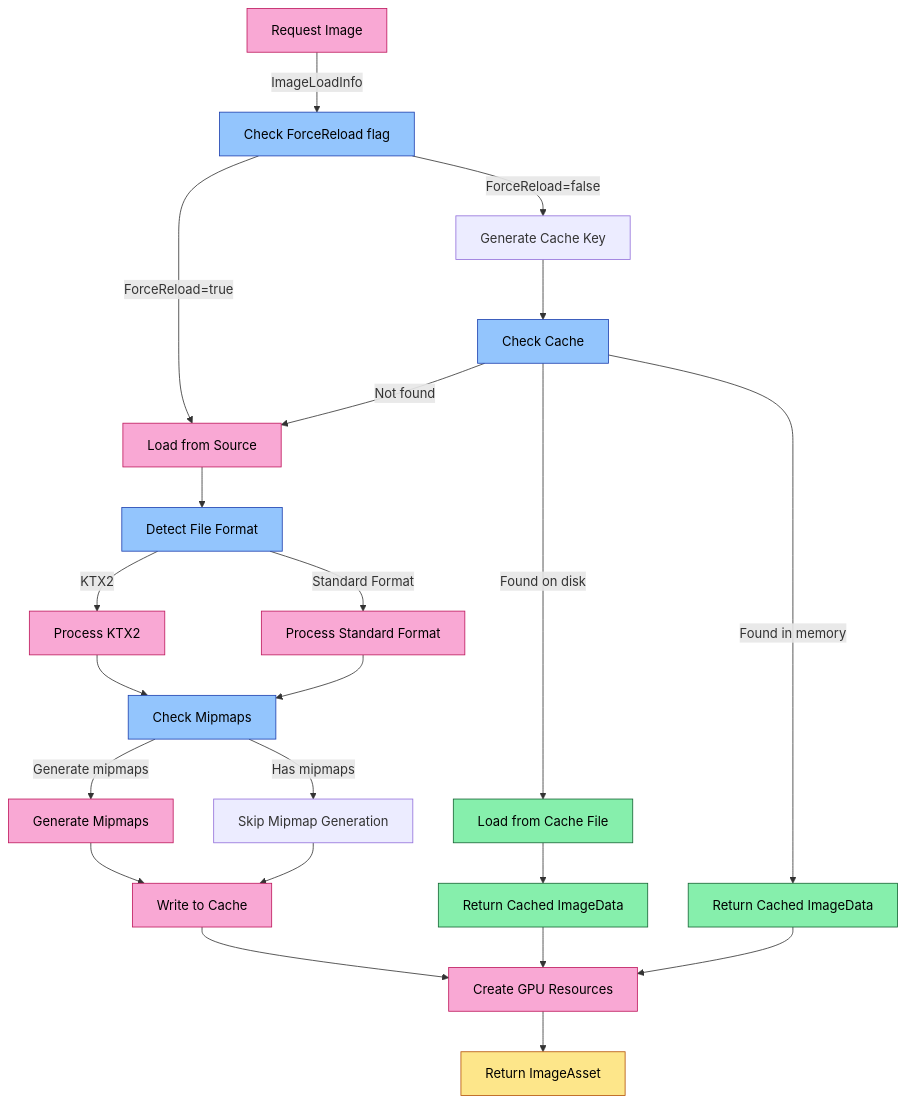
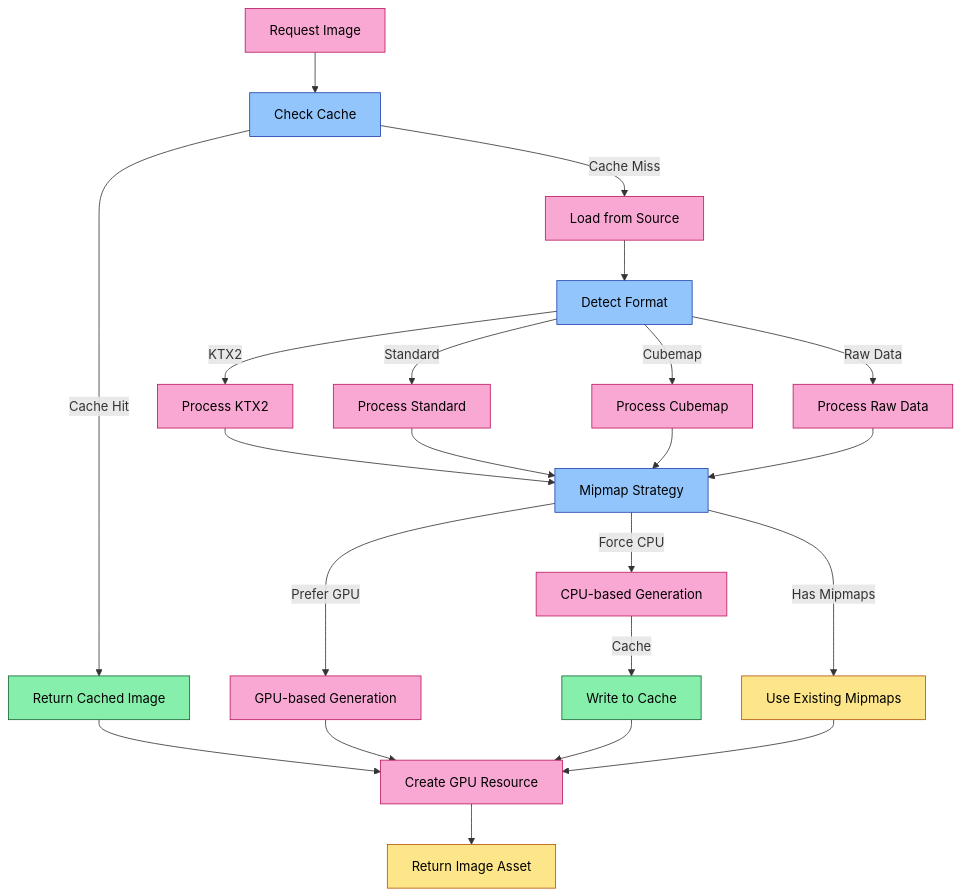
Before and after one commit to K1ngst0m/Aphrodite: the second of 3 diagrams in src/resource/README.org, drawn with Mermaid. The commit also changed other lines of this file and 5 other files, not shown here.

Commit message:
new mipmap generation path

```diff
--- a/src/resource/README.org
+++ b/src/resource/README.org
@@ -107,42 +107,39 @@
 #+BEGIN_SRC mermaid
 graph TD
-    Start[Request Image] -->|ImageLoadInfo| CheckForce[Check ForceReload flag]
-    CheckForce -->|ForceReload=true| LoadSource[Load from Source]
-    CheckForce -->|ForceReload=false| GenKey[Generate Cache Key]
+    Start[Request Image] --> CheckCache[Check Cache]
+    CheckCache -->|Cache Hit| CacheHit[Return Cached Image]
+    CheckCache -->|Cache Miss| LoadSource[Load from Source]
     
-    GenKey --> CheckCache[Check Cache]
-    CheckCache -->|Found in memory| CacheHit[Return Cached ImageData]
-    CheckCache -->|Found on disk| LoadCache[Load from Cache File]
-    CheckCache -->|Not found| LoadSource
+    LoadSource --> DetectFormat[Detect Format]
+    DetectFormat -->|KTX2| ProcessKTX2[Process KTX2]
+    DetectFormat -->|Standard| ProcessStandard[Process Standard]
+    DetectFormat -->|Cubemap| ProcessCubemap[Process Cubemap]
+    DetectFormat -->|Raw Data| ProcessRaw[Process Raw Data]
     
-    LoadCache --> ReturnCached[Return Cached ImageData]
+    ProcessKTX2 --> MipmapStrategy[Mipmap Strategy]
+    ProcessStandard --> MipmapStrategy
+    ProcessCubemap --> MipmapStrategy
+    ProcessRaw --> MipmapStrategy
     
-    LoadSource --> DetectFormat[Detect File Format]
-    DetectFormat -->|KTX2| ProcessKTX2[Process KTX2]
-    DetectFormat -->|Standard Format| ProcessStandard[Process Standard Format]
+    MipmapStrategy -->|Prefer GPU| GPUMips[GPU-based Generation]
+    MipmapStrategy -->|Force CPU| CPUMips[CPU-based Generation]
+    MipmapStrategy -->|Has Mipmaps| SkipMips[Use Existing Mipmaps]
     
-    ProcessKTX2 --> CheckMipmaps[Check Mipmaps]
-    ProcessStandard --> CheckMipmaps
+    GPUMips --> CreateResource[Create GPU Resource]
+    CPUMips -->|Cache| WriteCache[Write to Cache]
+    SkipMips --> CreateResource
+    CacheHit --> CreateResource
+    WriteCache --> CreateResource
     
-    CheckMipmaps -->|Generate mipmaps| GenMips[Generate Mipmaps]
-    CheckMipmaps -->|Has mipmaps| SkipMips[Skip Mipmap Generation]
-    
-    GenMips --> WriteCache[Write to Cache]
-    SkipMips --> WriteCache
-    
-    WriteCache --> CreateRes[Create GPU Resources]
-    ReturnCached --> CreateRes
-    CacheHit --> CreateRes
-    
-    CreateRes --> ReturnAsset[Return ImageAsset]
+    CreateResource --> ReturnAsset[Return Image Asset]
     
     classDef process fill:#f9a8d4,stroke:#be185d,color:#000,stroke-width:1px
     classDef decision fill:#93c5fd,stroke:#1e40af,color:#000,stroke-width:1px
     classDef cache fill:#86efac,stroke:#166534,color:#000,stroke-width:1px
     classDef result fill:#fde68a,stroke:#b45309,color:#000,stroke-width:1px
     
-    class Start,LoadSource,ProcessKTX2,ProcessStandard,GenMips,WriteCache,CreateRes process
-    class CheckForce,CheckCache,DetectFormat,CheckMipmaps decision
-    class CacheHit,ReturnCached,LoadCache cache
-    class ReturnAsset result
+    class Start,LoadSource,ProcessKTX2,ProcessStandard,ProcessCubemap,ProcessRaw,GPUMips,CPUMips,CreateResource process
+    class CheckCache,DetectFormat,MipmapStrategy decision
+    class CacheHit,WriteCache cache
+    class ReturnAsset,SkipMips result
 #+END_SRC
```
